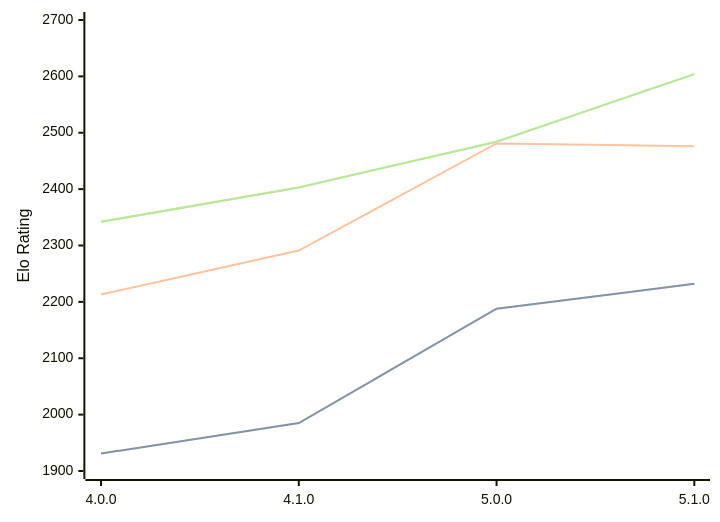
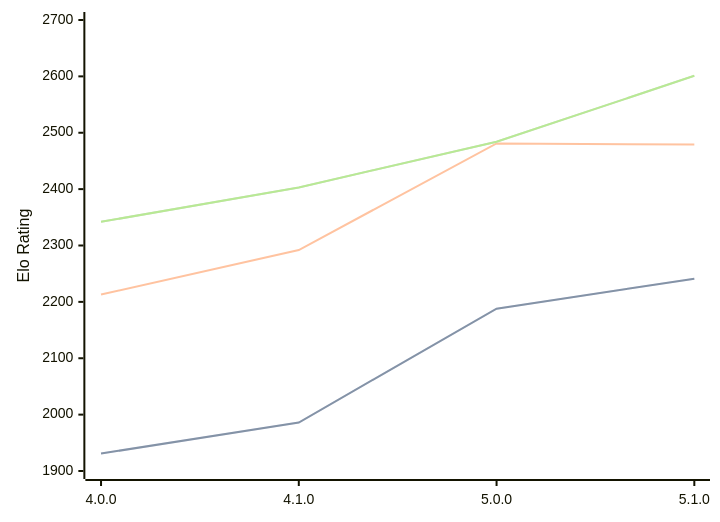
Before and after one commit to computer-chess-index/cci: the diagram in engines/Aconcagua.md, drawn with Mermaid. The commit also changed other lines of this file, not shown here.

Commit message:
Update CCI Ratings (ELO VLTC) - 2026-03-27

````diff
--- a/engines/Aconcagua.md
+++ b/engines/Aconcagua.md
@@ -43,11 +43,11 @@
 ```mermaid
 %%{init: {"theme":"base","themeVariables":{"seriesColors:['#a3a3a3','#222221','#faa371']}}}%%
 xychart-beta
   x-axis ["4.0.0", "4.1.0", "5.0.0", "5.1.0"]
   y-axis "Elo Rating" 1900 --> 2700
-  line "STC (8.0+0.08s)" [1931, 1985, 2188, 2232]
-  line "STC (8.0+0.08s)" [1931, 1985, 2188, 2232]
-  line "LTC (60.0+0.60s)" [2213, 2291, 2481, 2476]
-  line "VLTC (2m24s+1.12s)" [2342, 2403, 2484, 2604]
-  line "VLTC (2m24s+1.12s)" [2342, 2403, 2484, 2604]
+  line "STC (8.0+0.08s)" [1931, 1986, 2188, 2241]
+  line "STC (8.0+0.08s)" [1931, 1986, 2188, 2241]
+  line "LTC (60.0+0.60s)" [2213, 2292, 2481, 2479]
+  line "VLTC (2m24s+1.12s)" [2342, 2403, 2484, 2601]
+  line "VLTC (2m24s+1.12s)" [2342, 2403, 2484, 2601]
 ```
````
